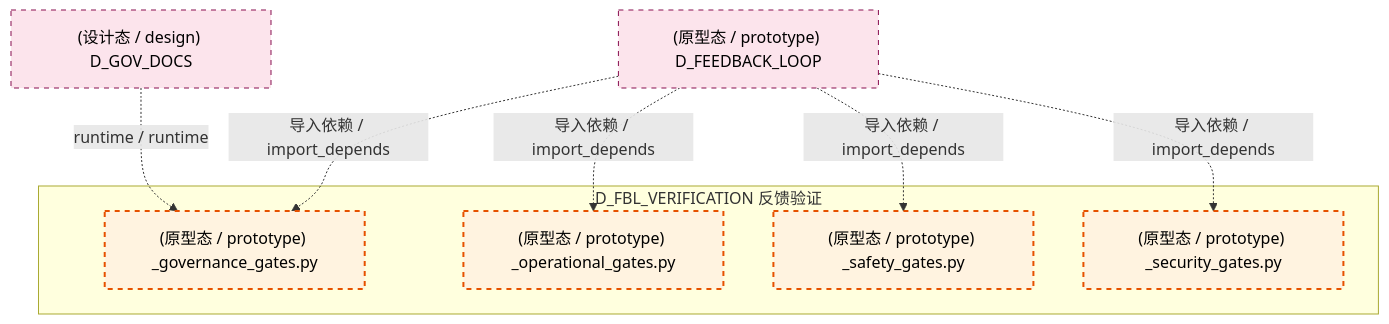
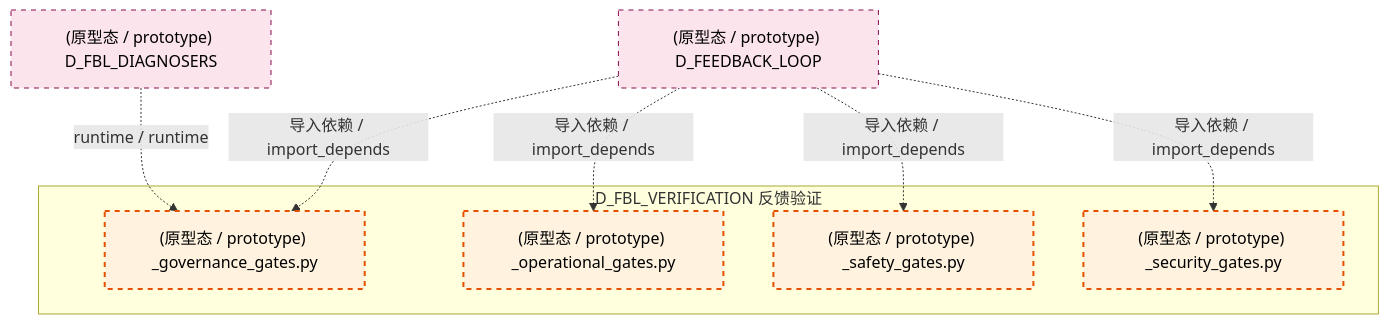
One commit to xuanFelixVan/ZephyrAlpha changed the fifth of 6 diagrams in docs/02_enterprise_architecture/02_domain_architecture_docs/13_d_fbl_verification.md. Above: the diagram before and after it, drawn with Mermaid. The commit also changed other lines of this file and 99 other files, not shown here.

````diff
--- a/docs/02_enterprise_architecture/02_domain_architecture_docs/13_d_fbl_verification.md
+++ b/docs/02_enterprise_architecture/02_domain_architecture_docs/13_d_fbl_verification.md
@@ -419,22 +419,22 @@
 ```mermaid
 graph TD
     subgraph D_FBL_VERIFICATION["D_FBL_VERIFICATION 反馈验证"]
         src_zephyr_feedback_loop_gates_governance_gates_py["(原型态 / prototype) _governance_gates.py"]
         src_zephyr_feedback_loop_gates_operational_gates_py["(原型态 / prototype) _operational_gates.py"]
         src_zephyr_feedback_loop_gates_safety_gates_py["(原型态 / prototype) _safety_gates.py"]
         src_zephyr_feedback_loop_gates_security_gates_py["(原型态 / prototype) _security_gates.py"]
     end
-    D_GOV_DOCS["(设计态 / design) D_GOV_DOCS"]
-    D_GOV_DOCS -.->|runtime / runtime| src_zephyr_feedback_loop_gates_governance_gates_py
+    D_FBL_DIAGNOSERS["(原型态 / prototype) D_FBL_DIAGNOSERS"]
+    D_FBL_DIAGNOSERS -.->|runtime / runtime| src_zephyr_feedback_loop_gates_governance_gates_py
     D_FEEDBACK_LOOP["(原型态 / prototype) D_FEEDBACK_LOOP"]
     D_FEEDBACK_LOOP -.->|导入依赖 / import_depends| src_zephyr_feedback_loop_gates_safety_gates_py
     D_FEEDBACK_LOOP -.->|导入依赖 / import_depends| src_zephyr_feedback_loop_gates_security_gates_py
     D_FEEDBACK_LOOP -.->|导入依赖 / import_depends| src_zephyr_feedback_loop_gates_governance_gates_py
     D_FEEDBACK_LOOP -.->|导入依赖 / import_depends| src_zephyr_feedback_loop_gates_operational_gates_py
     classDef production fill:#e1f5fe,stroke:#01579b,stroke-width:2px,color:#000
     classDef design fill:#fff3e0,stroke:#e65100,stroke-width:2px,color:#000,stroke-dasharray: 5 5
     classDef external_prod fill:#e8f5e9,stroke:#1b5e20,stroke-width:1px,color:#000
     classDef external_design fill:#fce4ec,stroke:#880e4f,stroke-width:1px,color:#000,stroke-dasharray: 5 5
     class src_zephyr_feedback_loop_gates_governance_gates_py,src_zephyr_feedback_loop_gates_operational_gates_py,src_zephyr_feedback_loop_gates_safety_gates_py,src_zephyr_feedback_loop_gates_security_gates_py design
-    class D_GOV_DOCS,D_FEEDBACK_LOOP external_design
+    class D_FBL_DIAGNOSERS,D_FEEDBACK_LOOP external_design
 ```
````
